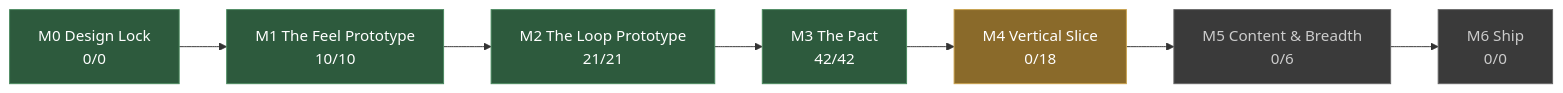
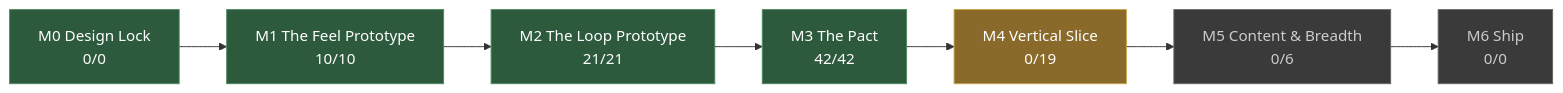
Before and after one commit to JoshuaGessner/she: the diagram in docs/STATUS.md, drawn with Mermaid. The commit also changed other lines of this file and 6 other files, not shown here.

````diff
--- a/docs/STATUS.md
+++ b/docs/STATUS.md
@@ -13,19 +13,19 @@
 ```mermaid
 flowchart LR
   M0["M0 Design Lock<br/>0/0"]:::passed
   M1["M1 The Feel Prototype<br/>10/10"]:::passed
   M0 --> M1
   M2["M2 The Loop Prototype<br/>21/21"]:::passed
   M1 --> M2
   M3["M3 The Pact<br/>42/42"]:::passed
   M2 --> M3
-  M4["M4 Vertical Slice<br/>0/18"]:::current
+  M4["M4 Vertical Slice<br/>0/19"]:::current
   M3 --> M4
   M5["M5 Content & Breadth<br/>0/6"]:::ahead
   M4 --> M5
   M6["M6 Ship<br/>0/0"]:::ahead
   M5 --> M6
   classDef passed fill:#2d5a3d,stroke:#4a8a5f,color:#fff
   classDef current fill:#8a6a2a,stroke:#c8a04a,color:#fff
   classDef ahead fill:#3a3a3a,stroke:#666,color:#ccc
 ```
````
